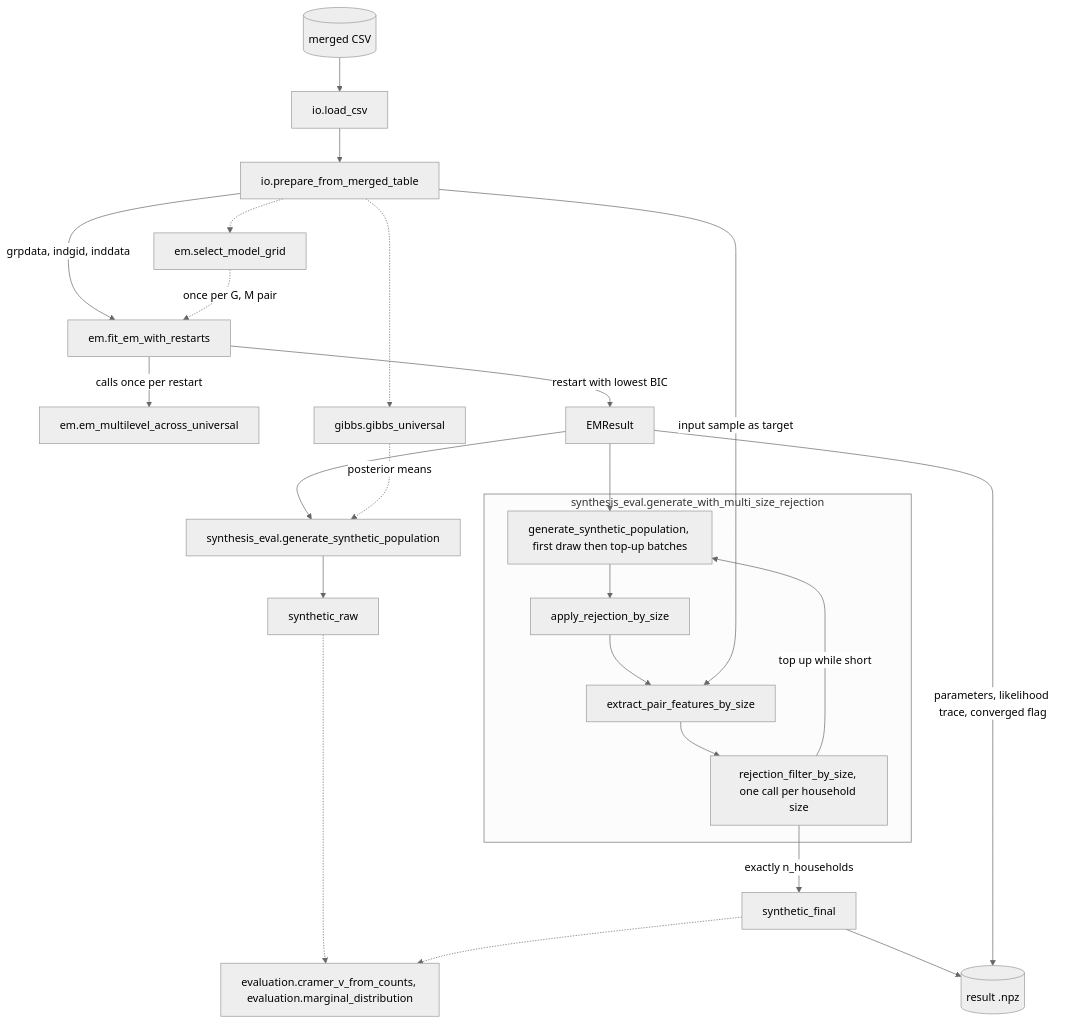
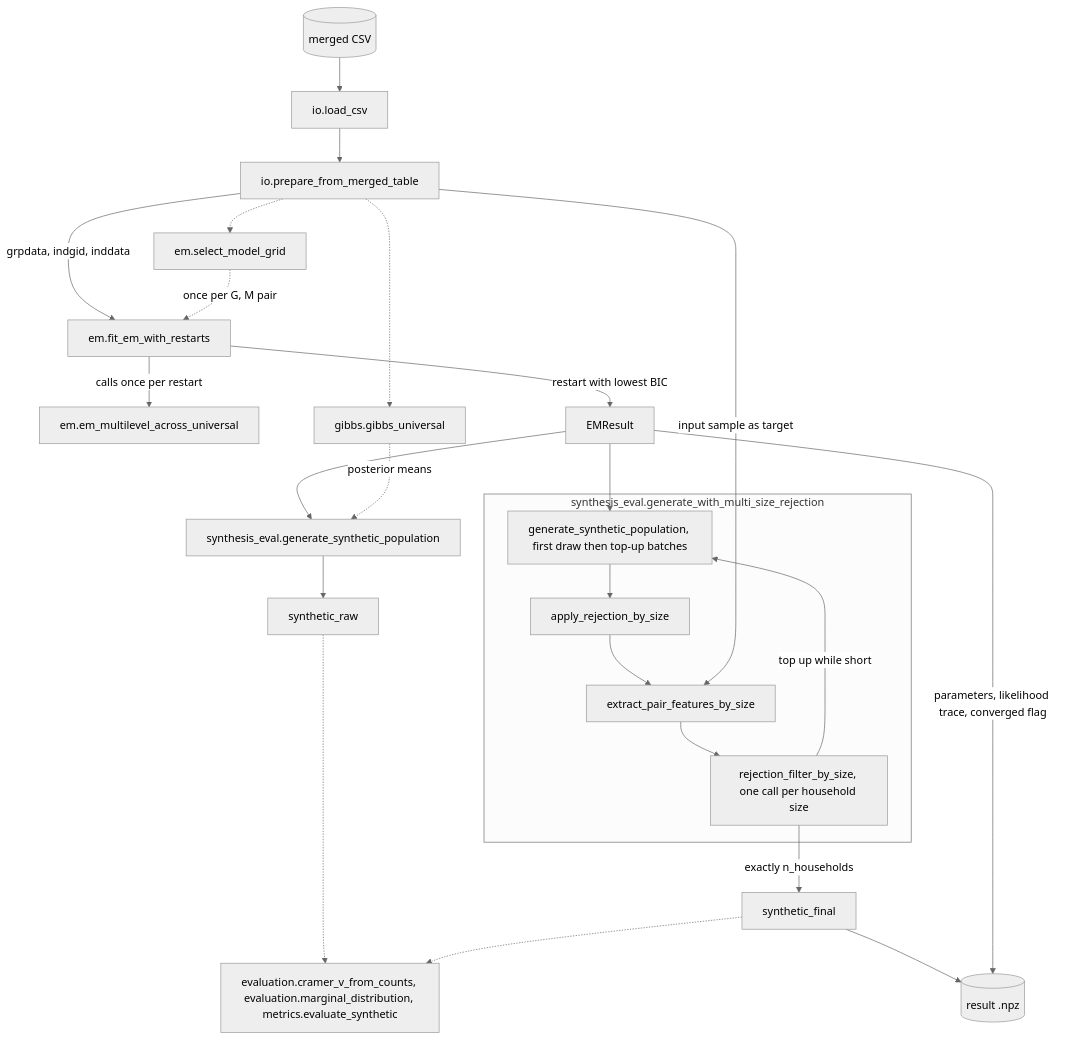
One commit to Zhuhan-J/hlc-popsyn changed the diagram in README.md. Above: the diagram before and after it, drawn with Mermaid (neutral theme). The commit also changed other lines of this file and 5 other files, not shown here.

````diff
--- a/README.md
+++ b/README.md
@@ -91,27 +97,27 @@
 ```mermaid
 flowchart TD
     csv[("merged CSV")] --> load["io.load_csv"]
     load --> prep["io.prepare_from_merged_table"]
     prep -->|"grpdata, indgid, inddata"| fit["em.fit_em_with_restarts"]
     fit -->|"calls once per restart"| core["em.em_multilevel_across_universal"]
     fit -->|"restart with lowest BIC"| params["EMResult"]
     params --> gen["synthesis_eval.generate_synthetic_population"]
     gen --> raw["synthetic_raw"]
     params --> draw
     subgraph rejloop ["synthesis_eval.generate_with_multi_size_rejection"]
         draw["generate_synthetic_population, first draw then top-up batches"] --> rej["apply_rejection_by_size"]
         rej --> feat["extract_pair_features_by_size"]
         feat --> filt["rejection_filter_by_size, one call per household size"]
         filt -->|"top up while short"| draw
     end
     prep -->|"input sample as target"| feat
     filt -->|"exactly n_households"| final["synthetic_final"]
     final --> npz[("result .npz")]
     params -->|"parameters, likelihood trace, converged flag"| npz
     prep -.-> grid["em.select_model_grid"]
     grid -.->|"once per G, M pair"| fit
     prep -.-> gibbs["gibbs.gibbs_universal"]
     gibbs -.->|"posterior means"| gen
-    raw -.-> ev["evaluation.cramer_v_from_counts, evaluation.marginal_distribution"]
+    raw -.-> ev["evaluation.cramer_v_from_counts, evaluation.marginal_distribution, metrics.evaluate_synthetic"]
     final -.-> ev
 ```
````
